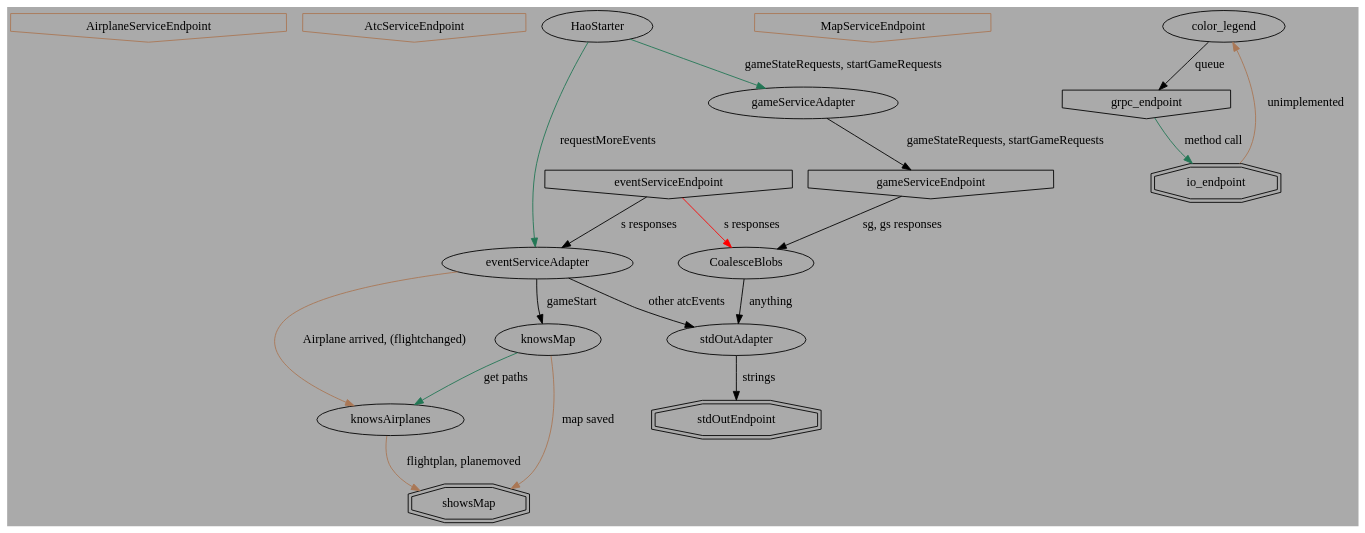
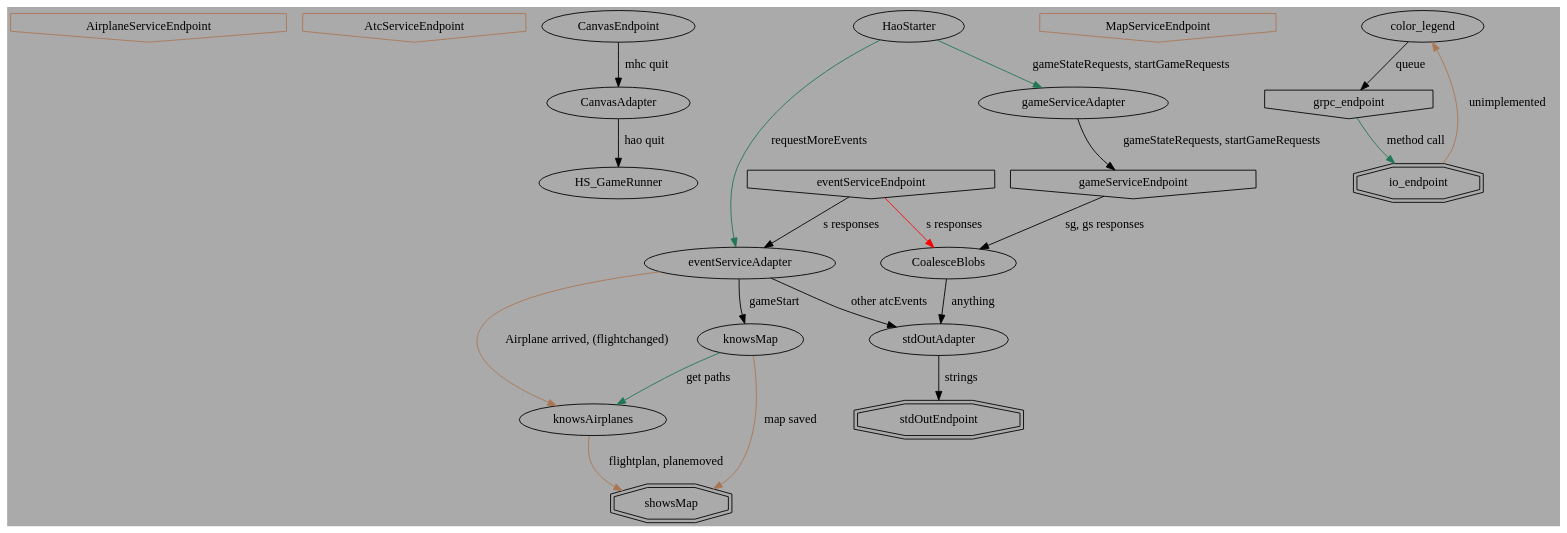
One commit to Nzen/hircine-anise-okkoz changed the diagram in docs/modules/queues.dot. Above: the diagram before and after it, drawn with Graphviz. The commit also changed 9 other files, not shown here.

```diff
--- a/docs/modules/queues.dot
+++ b/docs/modules/queues.dot
@@ -1,60 +1,67 @@
 
 digraph bey1800_stoptracking_pageflow
 {
 
 /*
 */
 	bgcolor = "#AAAAAA"
 
 	AirplaneServiceEndpoint [ shape = invhouse color = "#AA7755" ]; # for updating flight plans
 	AtcServiceEndpoint [ shape = invhouse color = "#AA7755" ]; # for game version
+	CanvasAdapter;
+	CanvasEndpoint;
 	CoalesceBlobs;
 	# eventDuplicator [ color = "#AA7755" ];
 	eventServiceAdapter;
 	eventServiceEndpoint [ shape = invhouse ];
 	gameServiceAdapter;
 	gameServiceEndpoint [ shape = invhouse ];
 	HaoStarter;
+	HS_GameRunner;
 	knowsAirplanes;
 	knowsMap;
 	MapServiceEndpoint [ shape = invhouse color = "#AA7755" ]; # for node to point conversion
 	stdOutAdapter;
 	stdOutEndpoint [ shape = doubleoctagon ];
 	showsMap [ shape = doubleoctagon ];
 	color_legend;
 	grpc_endpoint [ shape = invhouse ];
 	io_endpoint [ shape = doubleoctagon ];
 
 	# [ label = "" ];
 
 	CoalesceBlobs -> stdOutAdapter [ label = "anything" ];
+
+	CanvasEndpoint -> CanvasAdapter [ label = "mhc quit" ];
+
+	CanvasAdapter -> HS_GameRunner [ label = "hao quit" ];
 
 	HaoStarter -> eventServiceAdapter [ label = "requestMoreEvents" color = "#227755" ]; # while I'd prefer a queue message, those are proprietary. maybe have a separate queue for 'requests events' that accepts a haoevent and inserts a atc/grpc request in the adapter-endpoint queue
 	HaoStarter -> gameServiceAdapter [ label = "gameStateRequests, startGameRequests" color = "#227755" ];
 
 	gameServiceAdapter -> gameServiceEndpoint [ label = "gameStateRequests, startGameRequests" ];
 
 	gameServiceEndpoint -> CoalesceBlobs [ label = "sg, gs responses" ];
 
 	eventServiceEndpoint -> eventServiceAdapter [ label = "s responses" ];
 	eventServiceEndpoint -> CoalesceBlobs [ label = "s responses" color = "red" ]; # sever this, it is a duplicate and may starve the esadapter
 
 	eventServiceAdapter -> knowsMap [ label = "gameStart" ];
 	eventServiceAdapter -> stdOutAdapter [ label = "other atcEvents" ];
 	eventServiceAdapter -> knowsAirplanes [ label = "Airplane arrived, (flightchanged)" color = "#AA7755" ];
 
 	knowsAirplanes -> showsMap [ label = "flightplan, planemoved" color = "#AA7755" ];
 
 	knowsMap -> showsMap [ label = "map saved" color = "#AA7755" ];
 	knowsMap -> knowsAirplanes [ label = "get paths" color = "#227755" ];
 
 	stdOutAdapter -> stdOutEndpoint [ label = "strings" ];
 
 	color_legend -> grpc_endpoint [ label = "queue" ];
 
 	grpc_endpoint -> io_endpoint [ label = "method call" color = "#227755" ];
 
 	io_endpoint -> color_legend [ label = "unimplemented" color = "#AA7755" ];
 
 	# ->  [ label = "" ];
 }
```
